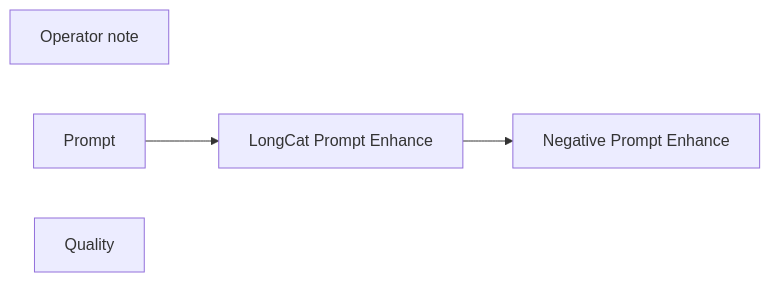
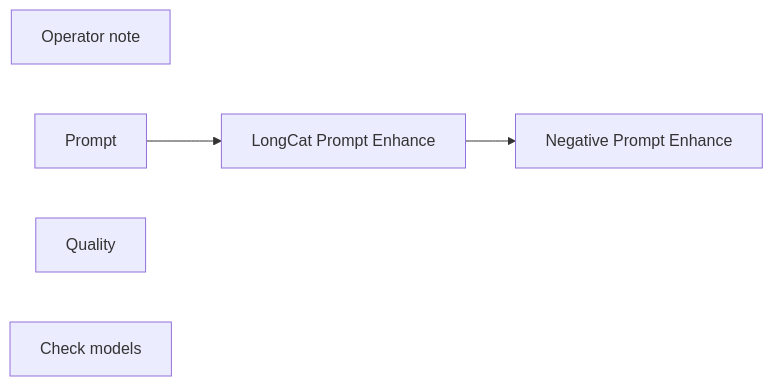
Before and after one commit to toxicoder/ez-comfy-stack: the diagram in docs/generated/workflows/optional/longcat-video.md, drawn with Mermaid. The commit also changed other lines of this file and 1106 other files, not shown here.

First line of the commit message:
feat: add Check models node to every lab App

````diff
--- a/docs/generated/workflows/optional/longcat-video.md
+++ b/docs/generated/workflows/optional/longcat-video.md
@@ -53,10 +53,11 @@
 ```mermaid
 flowchart LR
   N1["Operator note"]
   N2["Prompt"]
   N3["LongCat Prompt Enhance"]
   N4["Negative Prompt Enhance"]
   N5["Quality"]
+  N6["Check models"]
   N2 --> N3
   N3 --> N4
 ```
````
